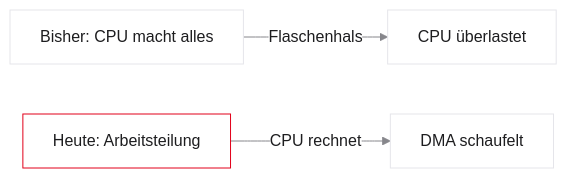
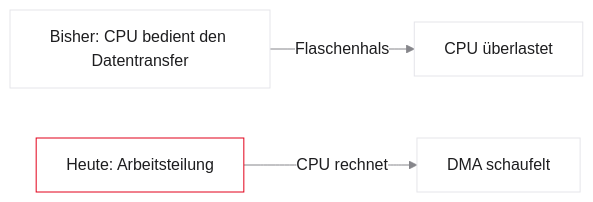
One commit to dantschi/mct3 changed the first of 12 diagrams in vorlesungen/06_hardware_beschleunigung_dma.qmd. Above: the diagram before and after it, drawn with Mermaid. The commit also changed other lines of this file, not shown here.

````diff
--- a/vorlesungen/06_hardware_beschleunigung_dma.qmd
+++ b/vorlesungen/06_hardware_beschleunigung_dma.qmd
@@ -26,8 +26,8 @@
 ```{mermaid}
 %%| fig-width: 4.2
 %%{init: {'theme': 'base', 'themeVariables': {'background': '#FFFFFF', 'primaryColor': '#FFFFFF', 'primaryBorderColor': '#E5E5EA', 'primaryTextColor': '#1D1D1F', 'lineColor': '#86868B', 'secondaryColor': '#F5F5F7', 'tertiaryColor': '#FFFFFF', 'mainBkg': '#FFFFFF', 'nodeBorder': '#E5E5EA', 'clusterBkg': '#F5F5F7', 'clusterBorder': '#E5E5EA', 'titleColor': '#1D1D1F', 'edgeLabelBackground': '#FFFFFF'}}}%%
 flowchart LR
-  A[Bisher: CPU macht alles] -->|Flaschenhals| B[CPU überlastet]
+  A[Bisher: CPU bedient den Datentransfer] -->|Flaschenhals| B[CPU überlastet]
   C[Heute: Arbeitsteilung] -->|CPU rechnet| D[DMA schaufelt]
   style C fill:#FFFFFF,stroke:#E2001A,stroke-width:2px !important
 ```
````
